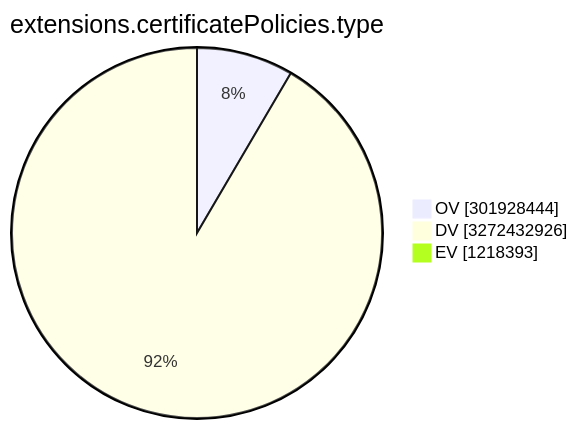
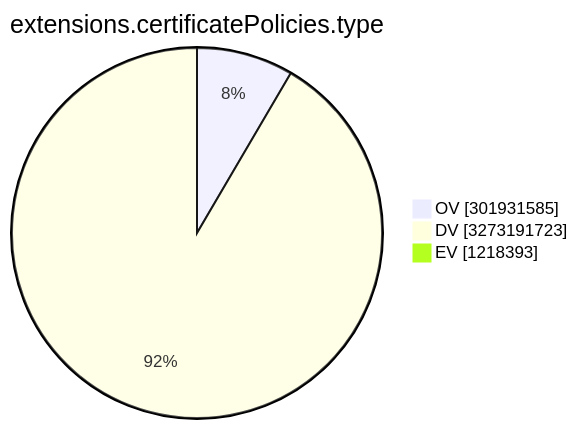
One commit to christiankrug/ctmonitor_visualization changed the ninth of 15 diagrams in TOTAL/README.md. Above: the diagram before and after it, drawn with Mermaid. The commit also changed other lines of this file, not shown here.

````diff
--- a/TOTAL/README.md
+++ b/TOTAL/README.md
@@ -3107,7 +3107,7 @@
 ```mermaid
 pie showData
 title extensions.certificatePolicies.type
-"OV" :301928444
-"DV" :3272432926
+"OV" :301931585
+"DV" :3273191723
 "EV" :1218393
 ```
````
